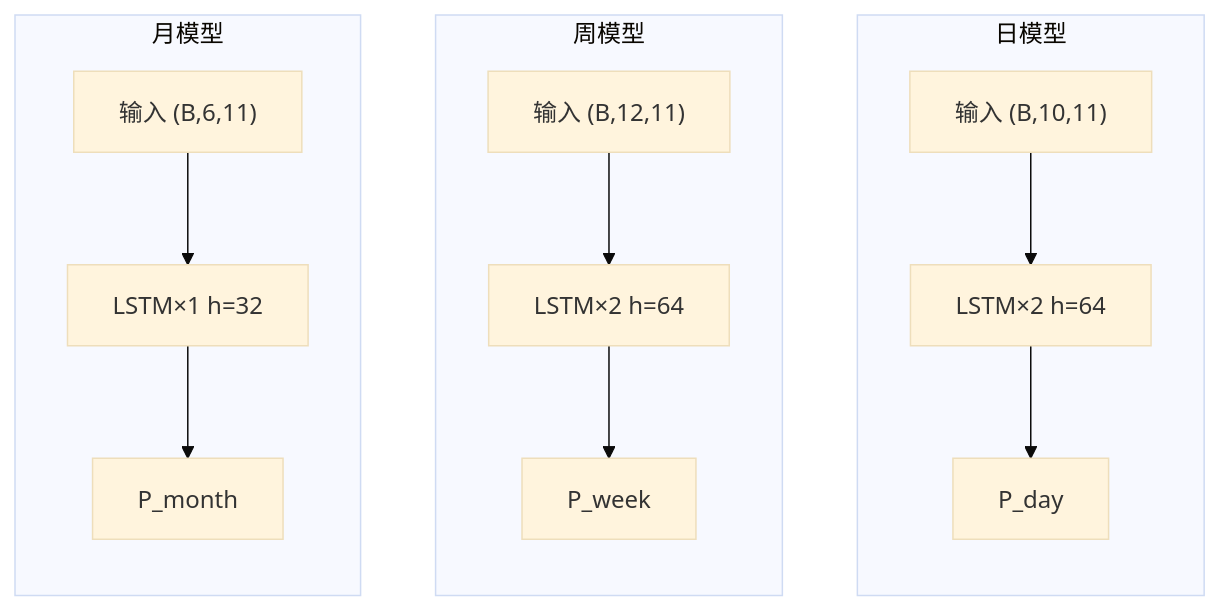
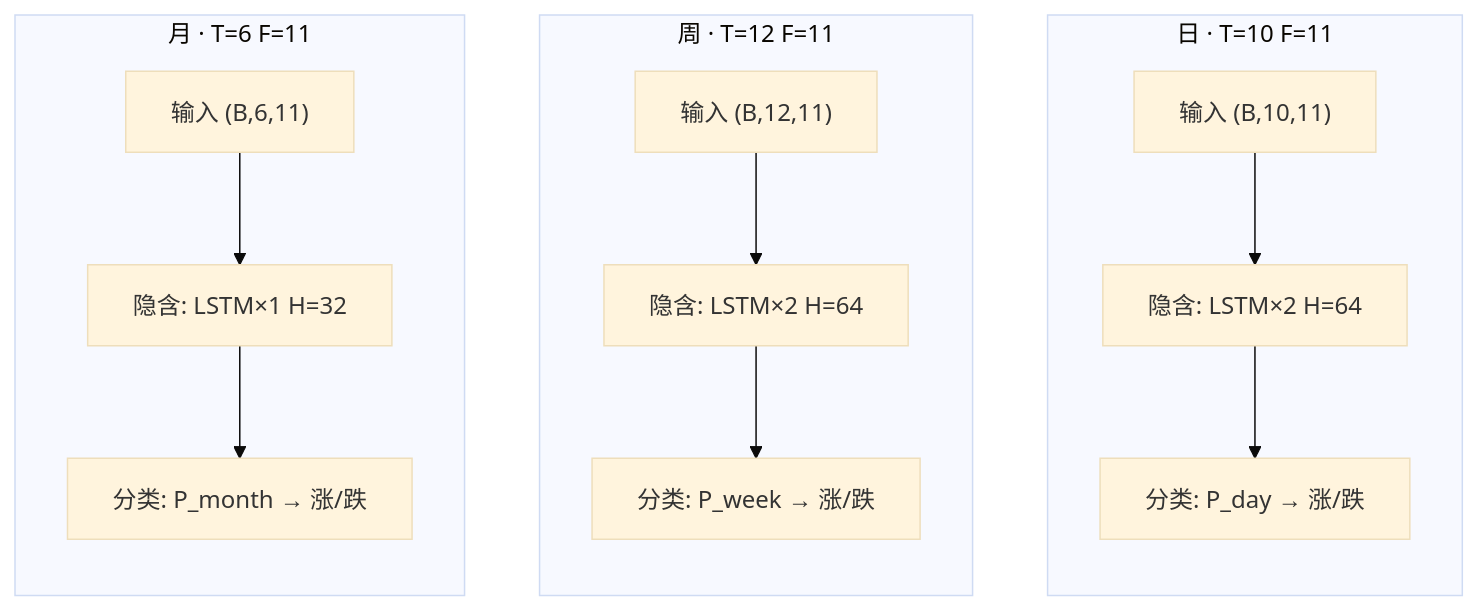
The tenth of 11 diagrams in docs/model-architecture.md (fanqingsong/stock_predictive), drawn with Mermaid (base theme) before and after one commit. The commit also changed other lines of this file, not shown here.

First line of the commit message:
Expand model architecture docs with dual-flow LSTM topology diagrams.

````diff
--- a/docs/model-architecture.md
+++ b/docs/model-architecture.md
@@ -252,17 +465,17 @@
 ```mermaid
 flowchart TB
-  subgraph dayBlock [日模型]
+  subgraph dayBlock [日 · T=10 F=11]
     direction TB
-    DI["输入 (B,10,11)"] --> DN["LSTM×2 h=64"] --> DO["P_day"]
+    DI["输入 (B,10,11)"] --> DN["隐含: LSTM×2 H=64"] --> DO["分类: P_day → 涨/跌"]
   end
 
-  subgraph weekBlock [周模型]
+  subgraph weekBlock [周 · T=12 F=11]
     direction TB
-    WI["输入 (B,12,11)"] --> WN["LSTM×2 h=64"] --> WO["P_week"]
+    WI["输入 (B,12,11)"] --> WN["隐含: LSTM×2 H=64"] --> WO["分类: P_week → 涨/跌"]
   end
 
-  subgraph monthBlock [月模型]
+  subgraph monthBlock [月 · T=6 F=11]
     direction TB
-    MI["输入 (B,6,11)"] --> MN["LSTM×1 h=32"] --> MO["P_month"]
+    MI["输入 (B,6,11)"] --> MN["隐含: LSTM×1 H=32"] --> MO["分类: P_month → 涨/跌"]
   end
 ```
````
